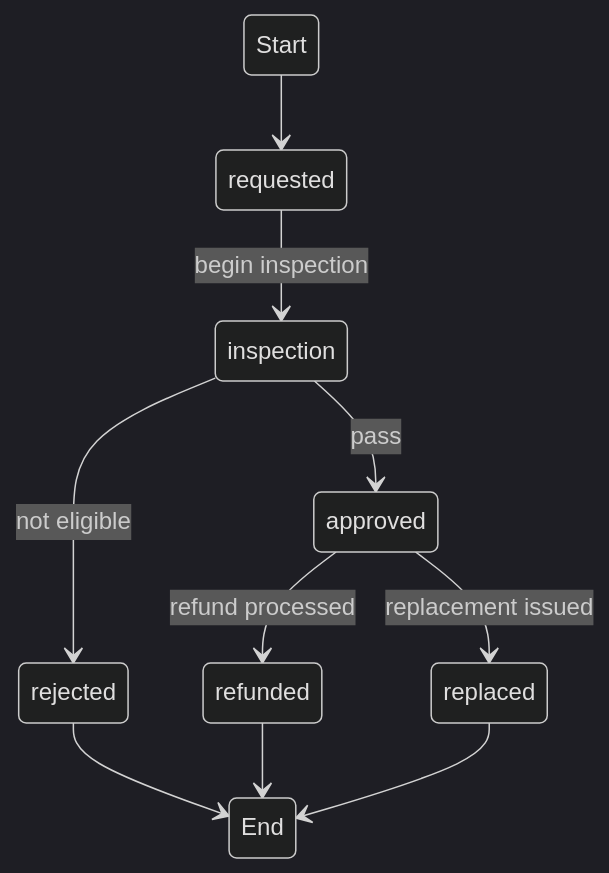
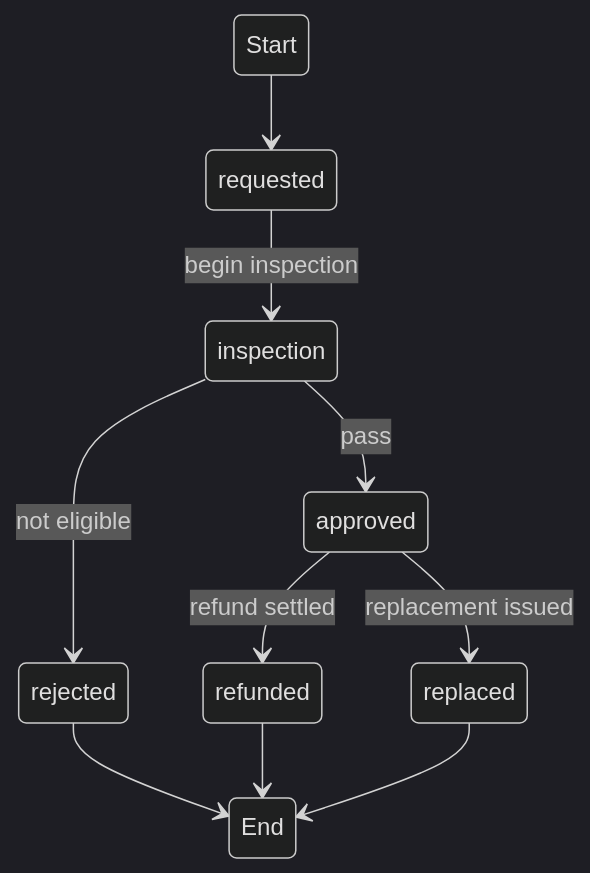
Before and after one commit to justinesestina/dream-pc-pos: diagram 11 of 13 in docs/DPC-NEXUS-SUPABASE-DATABASE-ARCHITECTURE.md, drawn with Mermaid (dark theme). The commit also changed other lines of this file and 266 other files, not shown here.

````diff
--- a/docs/DPC-NEXUS-SUPABASE-DATABASE-ARCHITECTURE.md
+++ b/docs/DPC-NEXUS-SUPABASE-DATABASE-ARCHITECTURE.md
@@ -1087,12 +1080,12 @@
 ```mermaid
 stateDiagram-v2
     Start --> requested
     requested --> inspection: begin inspection
     inspection --> approved: pass
     inspection --> rejected: not eligible
-    approved --> refunded: refund processed
+    approved --> refunded: refund settled
     approved --> replaced: replacement issued
     rejected --> End
     refunded --> End
     replaced --> End
 ```
````
